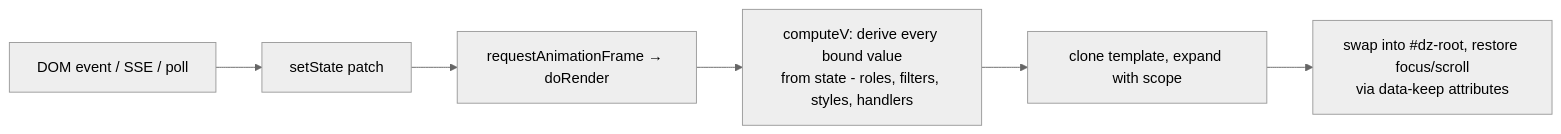
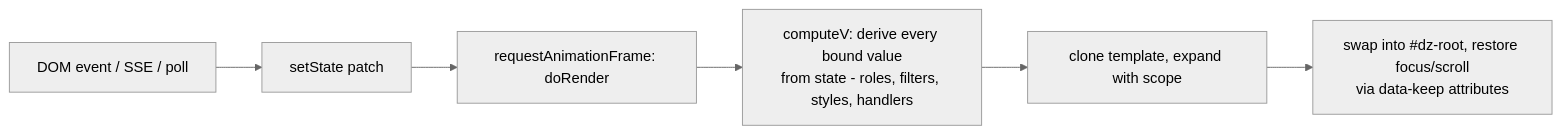
The seventh of 9 diagrams in docs/ARCHITECTURE.md (sxi9/dropzone), drawn with Mermaid (neutral theme) before and after one commit. The commit also changed other lines of this file and 1 other file, not shown here.

Commit message:
ARCHITECTURE.md: quote Mermaid labels for GitHub rendering; link from README

````diff
--- a/docs/ARCHITECTURE.md
+++ b/docs/ARCHITECTURE.md
@@ -403,8 +403,8 @@
 ```mermaid
 flowchart LR
-  E[DOM event / SSE / poll] --> SS[setState patch]
-  SS --> RAF[requestAnimationFrame → doRender]
-  RAF --> CV[computeV: derive every bound value<br/>from state - roles, filters, styles, handlers]
-  CV --> EX[clone template, expand with scope]
-  EX --> SW[swap into #dz-root, restore focus/scroll<br/>via data-keep attributes]
+  E["DOM event / SSE / poll"] --> SS["setState patch"]
+  SS --> RAF["requestAnimationFrame: doRender"]
+  RAF --> CV["computeV: derive every bound value<br/>from state - roles, filters, styles, handlers"]
+  CV --> EX["clone template, expand with scope"]
+  EX --> SW["swap into #dz-root, restore focus/scroll<br/>via data-keep attributes"]
 ```
````
